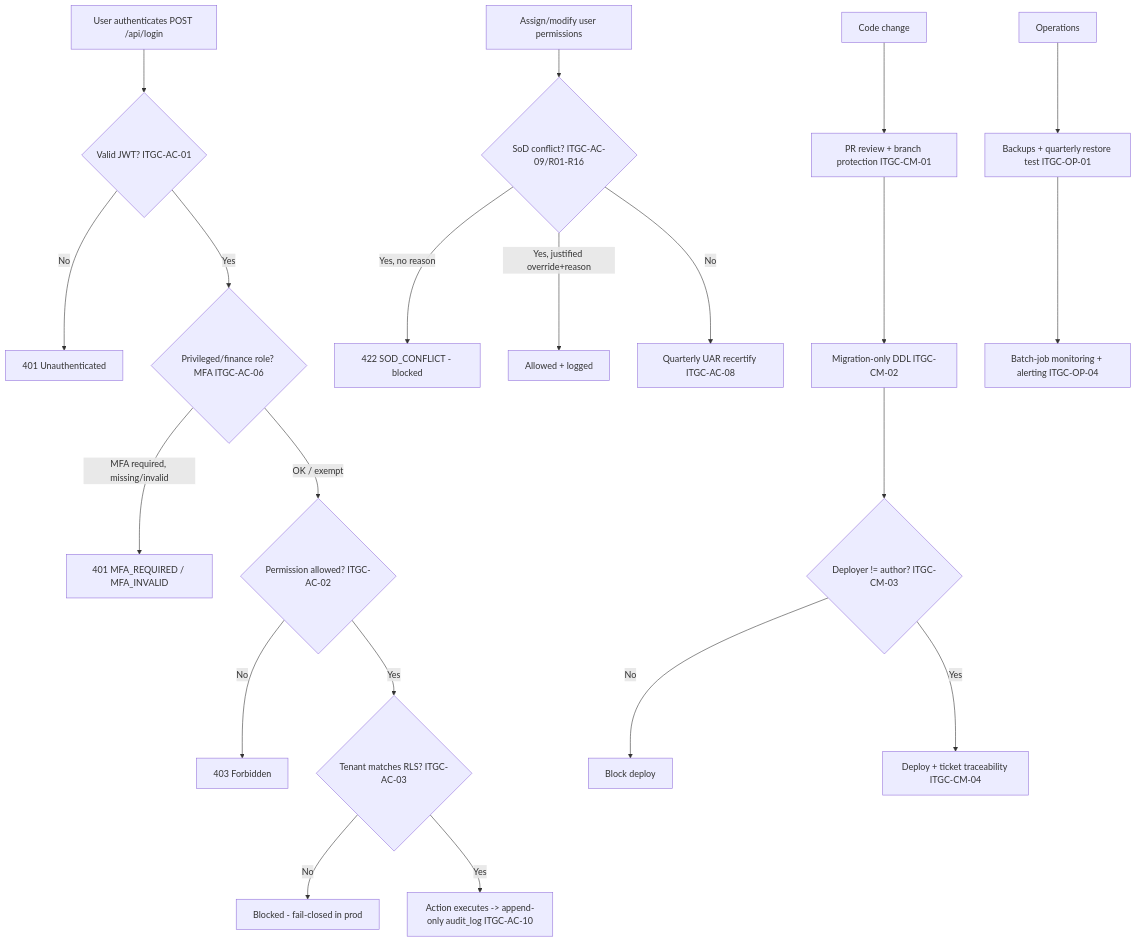
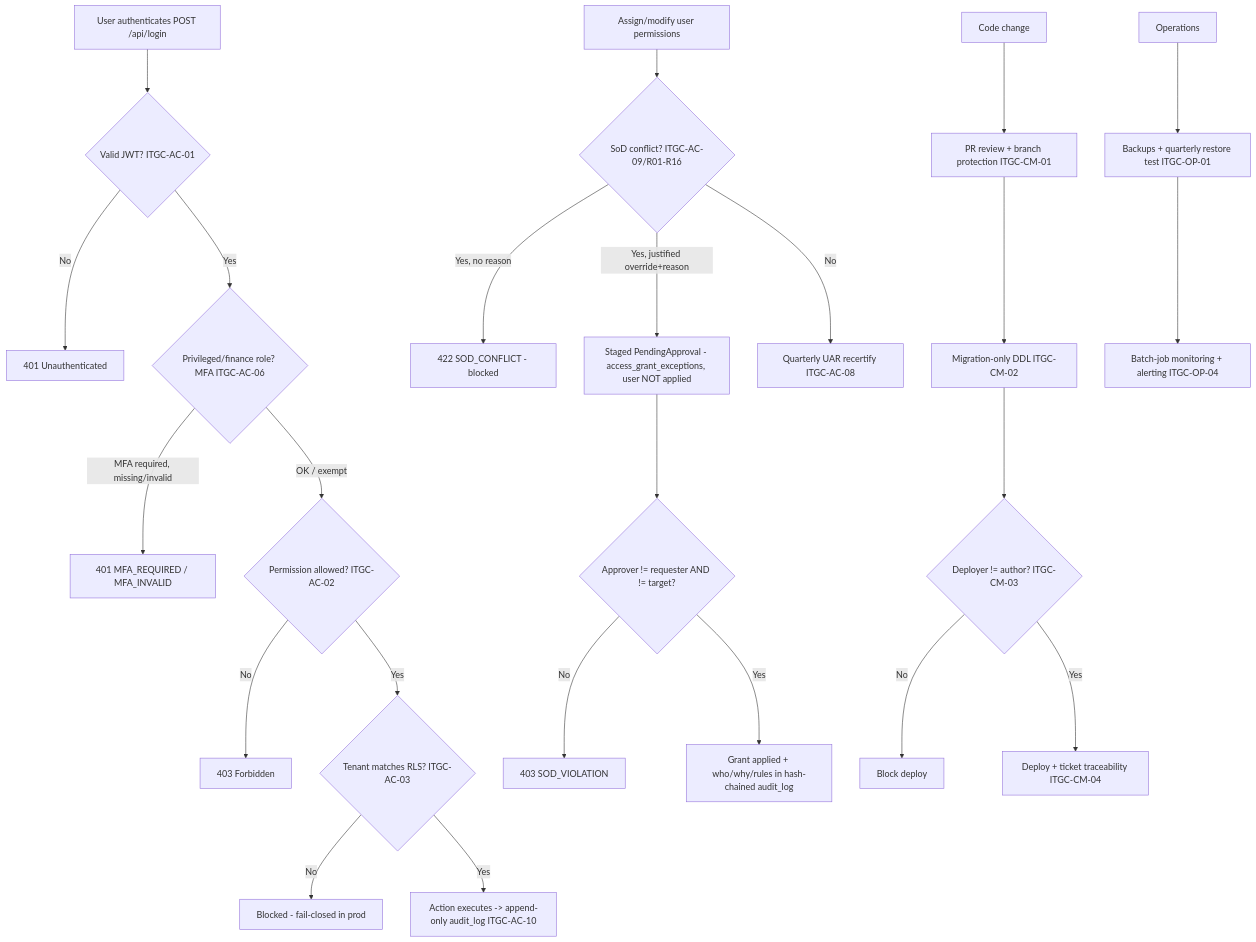
One commit to wayla69/invisibleERP changed the diagram in docs/process-narratives/08-itgc.md. Above: the diagram before and after it, drawn with Mermaid. The commit also changed other lines of this file and 62 other files, not shown here.

````diff
--- a/docs/process-narratives/08-itgc.md
+++ b/docs/process-narratives/08-itgc.md
@@ -119,23 +123,26 @@
 ```mermaid
 flowchart TD
     A[User authenticates POST /api/login] --> B{Valid JWT? ITGC-AC-01}
     B -- "No" --> B1[401 Unauthenticated]
     B -- "Yes" --> C{Privileged/finance role? MFA ITGC-AC-06}
     C -- "MFA required, missing/invalid" --> C1[401 MFA_REQUIRED / MFA_INVALID]
     C -- "OK / exempt" --> D{Permission allowed? ITGC-AC-02}
     D -- "No" --> D1[403 Forbidden]
     D -- "Yes" --> E{Tenant matches RLS? ITGC-AC-03}
     E -- "No" --> E1[Blocked - fail-closed in prod]
     E -- "Yes" --> F[Action executes -> append-only audit_log ITGC-AC-10]
     G[Assign/modify user permissions] --> H{SoD conflict? ITGC-AC-09/R01-R16}
     H -- "Yes, no reason" --> H1[422 SOD_CONFLICT - blocked]
-    H -- "Yes, justified override+reason" --> H2[Allowed + logged]
+    H -- "Yes, justified override+reason" --> H2[Staged PendingApproval - access_grant_exceptions, user NOT applied]
+    H2 --> H3{Approver != requester AND != target?}
+    H3 -- "No" --> H4[403 SOD_VIOLATION]
+    H3 -- "Yes" --> H5[Grant applied + who/why/rules in hash-chained audit_log]
     H -- "No" --> I[Quarterly UAR recertify ITGC-AC-08]
     J[Code change] --> K[PR review + branch protection ITGC-CM-01]
     K --> L[Migration-only DDL ITGC-CM-02]
     L --> M{Deployer != author? ITGC-CM-03}
     M -- "No" --> M1[Block deploy]
     M -- "Yes" --> N[Deploy + ticket traceability ITGC-CM-04]
     O[Operations] --> P[Backups + quarterly restore test ITGC-OP-01]
     P --> Q[Batch-job monitoring + alerting ITGC-OP-04]
 ```
````
